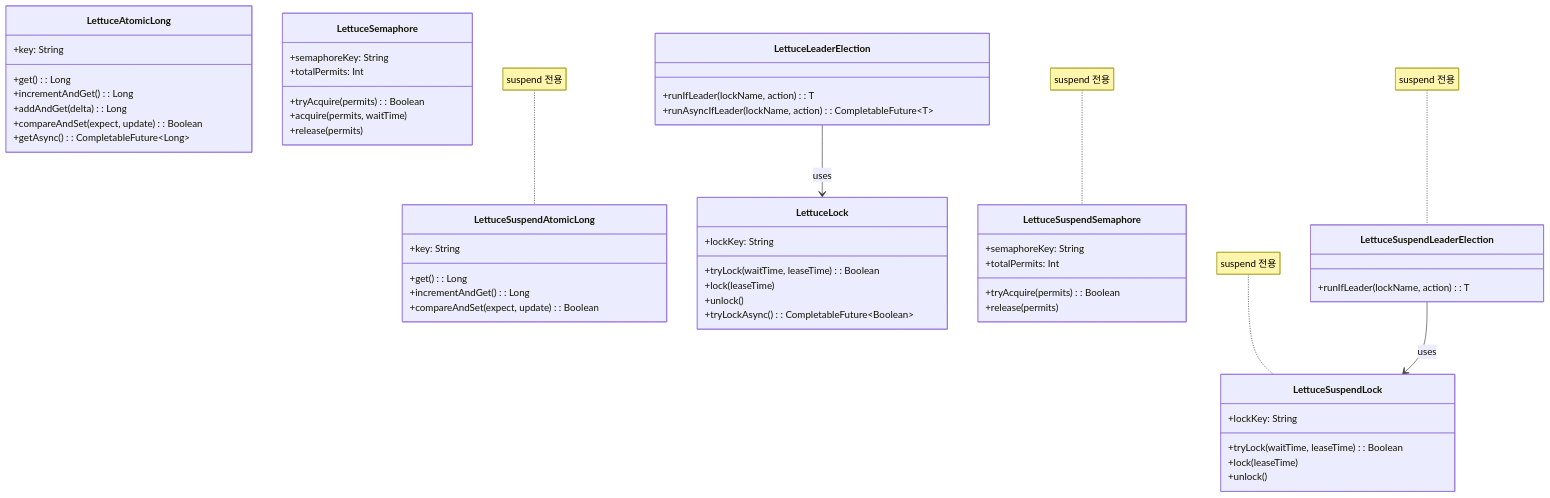
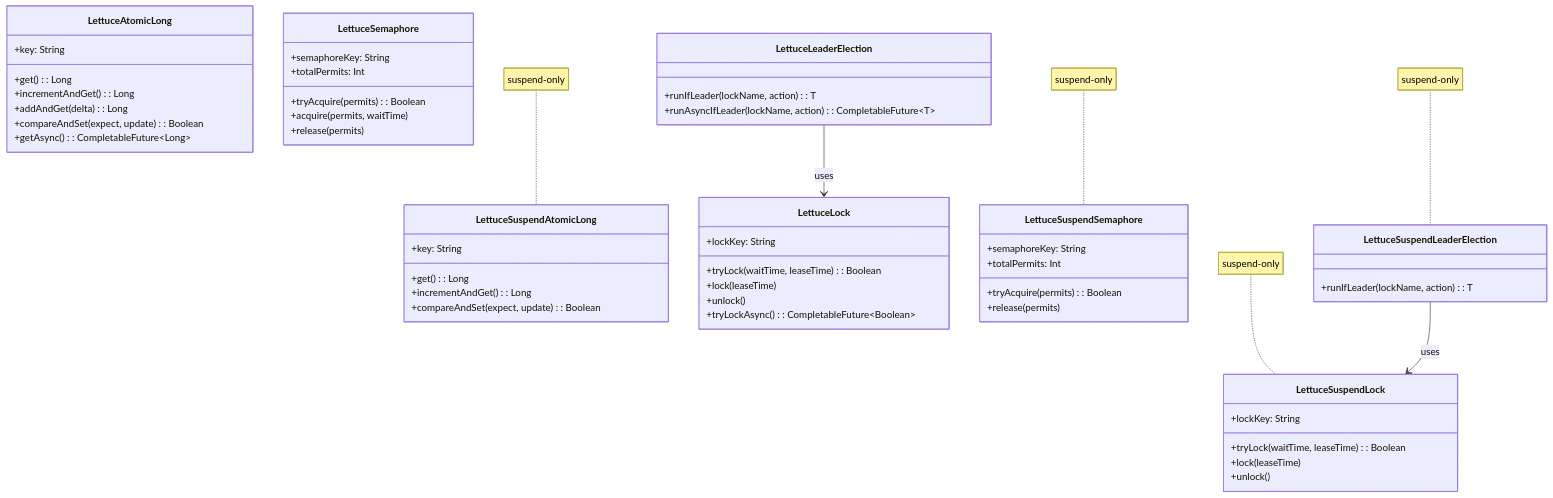
Before and after one commit to bluetape4k/bluetape4k-projects: the first of 3 diagrams in infra/lettuce/README.md, drawn with Mermaid. The commit also changed other lines of this file and 265 other files, not shown here.

````diff
--- a/infra/lettuce/README.md
+++ b/infra/lettuce/README.md
@@ -318,61 +320,61 @@
 ```mermaid
 classDiagram
     class LettuceAtomicLong {
         +key: String
         +get(): Long
         +incrementAndGet(): Long
         +addAndGet(delta): Long
         +compareAndSet(expect, update): Boolean
         +getAsync(): CompletableFuture~Long~
     }
     class LettuceSuspendAtomicLong {
         +key: String
         +get(): Long
         +incrementAndGet(): Long
         +compareAndSet(expect, update): Boolean
     }
 
     class LettuceLock {
         +lockKey: String
         +tryLock(waitTime, leaseTime): Boolean
         +lock(leaseTime)
         +unlock()
         +tryLockAsync(): CompletableFuture~Boolean~
     }
     class LettuceSuspendLock {
         +lockKey: String
         +tryLock(waitTime, leaseTime): Boolean
         +lock(leaseTime)
         +unlock()
     }
 
     class LettuceSemaphore {
         +semaphoreKey: String
         +totalPermits: Int
         +tryAcquire(permits): Boolean
         +acquire(permits, waitTime)
         +release(permits)
     }
     class LettuceSuspendSemaphore {
         +semaphoreKey: String
         +totalPermits: Int
         +tryAcquire(permits): Boolean
         +release(permits)
     }
 
     class LettuceLeaderElection {
         +runIfLeader(lockName, action): T
         +runAsyncIfLeader(lockName, action): CompletableFuture~T~
     }
     class LettuceSuspendLeaderElection {
         +runIfLeader(lockName, action): T
     }
 
     LettuceLeaderElection --> LettuceLock: uses
     LettuceSuspendLeaderElection --> LettuceSuspendLock: uses
-    note for LettuceSuspendAtomicLong "suspend 전용"
-    note for LettuceSuspendLock "suspend 전용"
-    note for LettuceSuspendSemaphore "suspend 전용"
-    note for LettuceSuspendLeaderElection "suspend 전용"
+    note for LettuceSuspendAtomicLong "suspend-only"
+    note for LettuceSuspendLock "suspend-only"
+    note for LettuceSuspendSemaphore "suspend-only"
+    note for LettuceSuspendLeaderElection "suspend-only"
 
 ```
````
